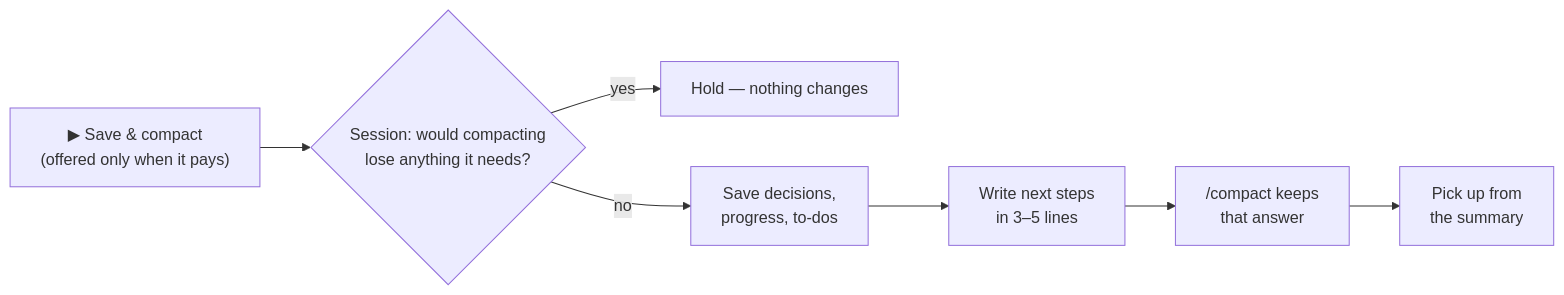
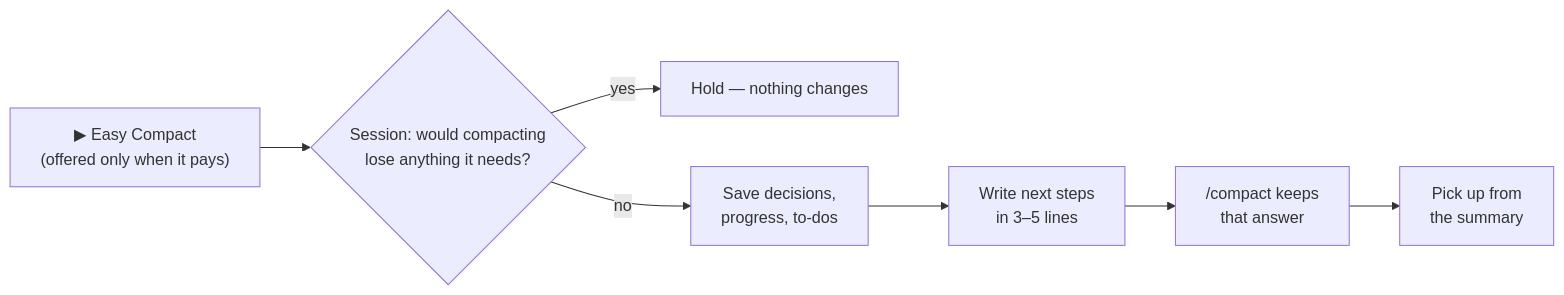
Before and after one commit to JaeSeongHa5280/easy-compact: the diagram in README.md, drawn with Mermaid. The commit also changed other lines of this file and 35 other files, not shown here.

Commit message:
easy-compact 0.9.0 — gauge shapes (horizontal bar by default) · compact card Easy Compact · Clear · Cancel · settings in tabs · a line below the input · Diagnose · no slash command

````diff
--- a/README.md
+++ b/README.md
@@ -259,9 +272,9 @@
 ```mermaid
 flowchart LR
-  A["▶ Save & compact<br/>(offered only when it pays)"] --> B{"Session: would compacting<br/>lose anything it needs?"}
+  A["▶ Easy Compact<br/>(offered only when it pays)"] --> B{"Session: would compacting<br/>lose anything it needs?"}
   B -- yes --> H["Hold — nothing changes"]
   B -- no --> C["Save decisions,<br/>progress, to-dos"]
   C --> D["Write next steps<br/>in 3–5 lines"]
   D --> E["/compact keeps<br/>that answer"]
   E --> F["Pick up from<br/>the summary"]
 ```
````
